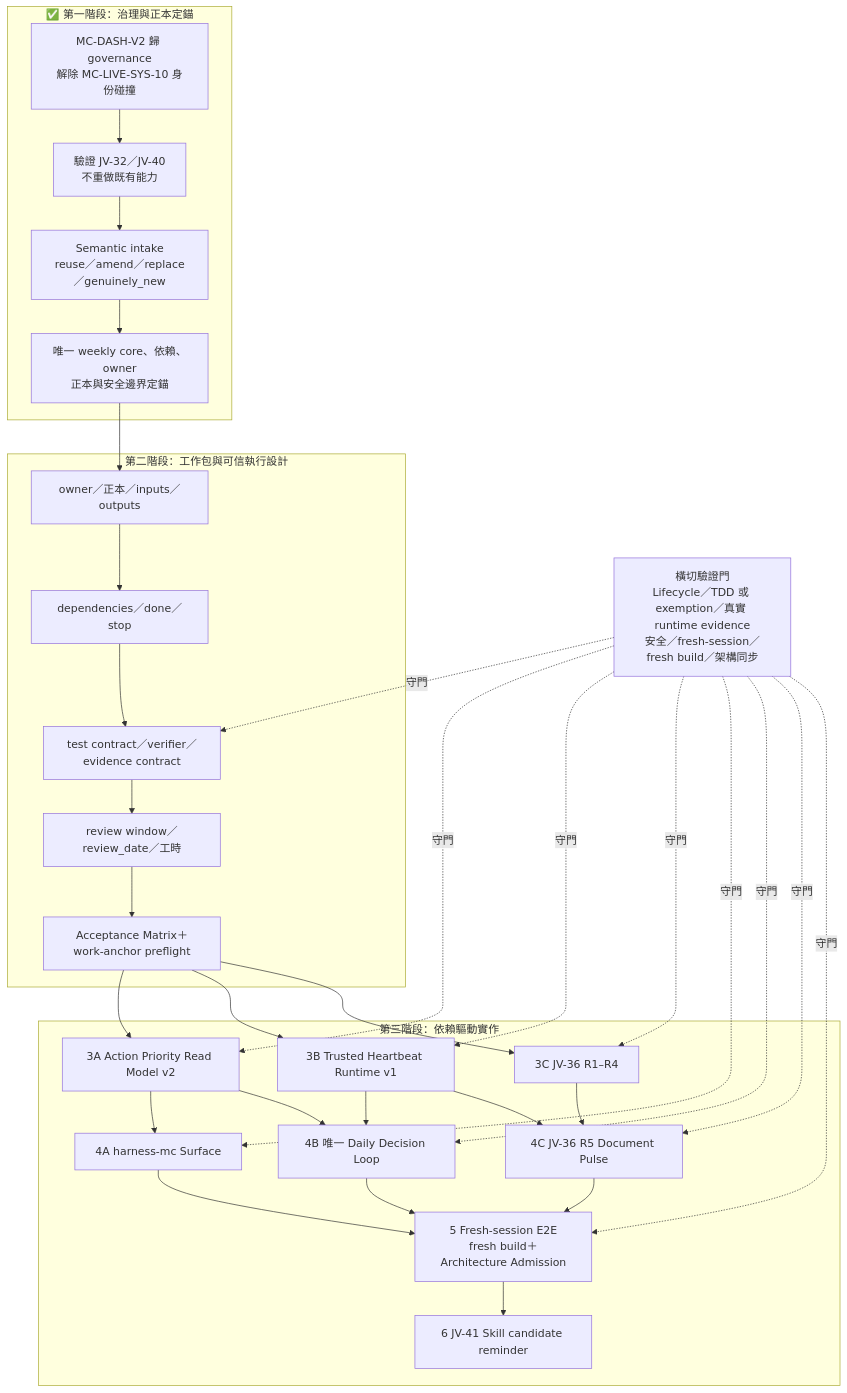
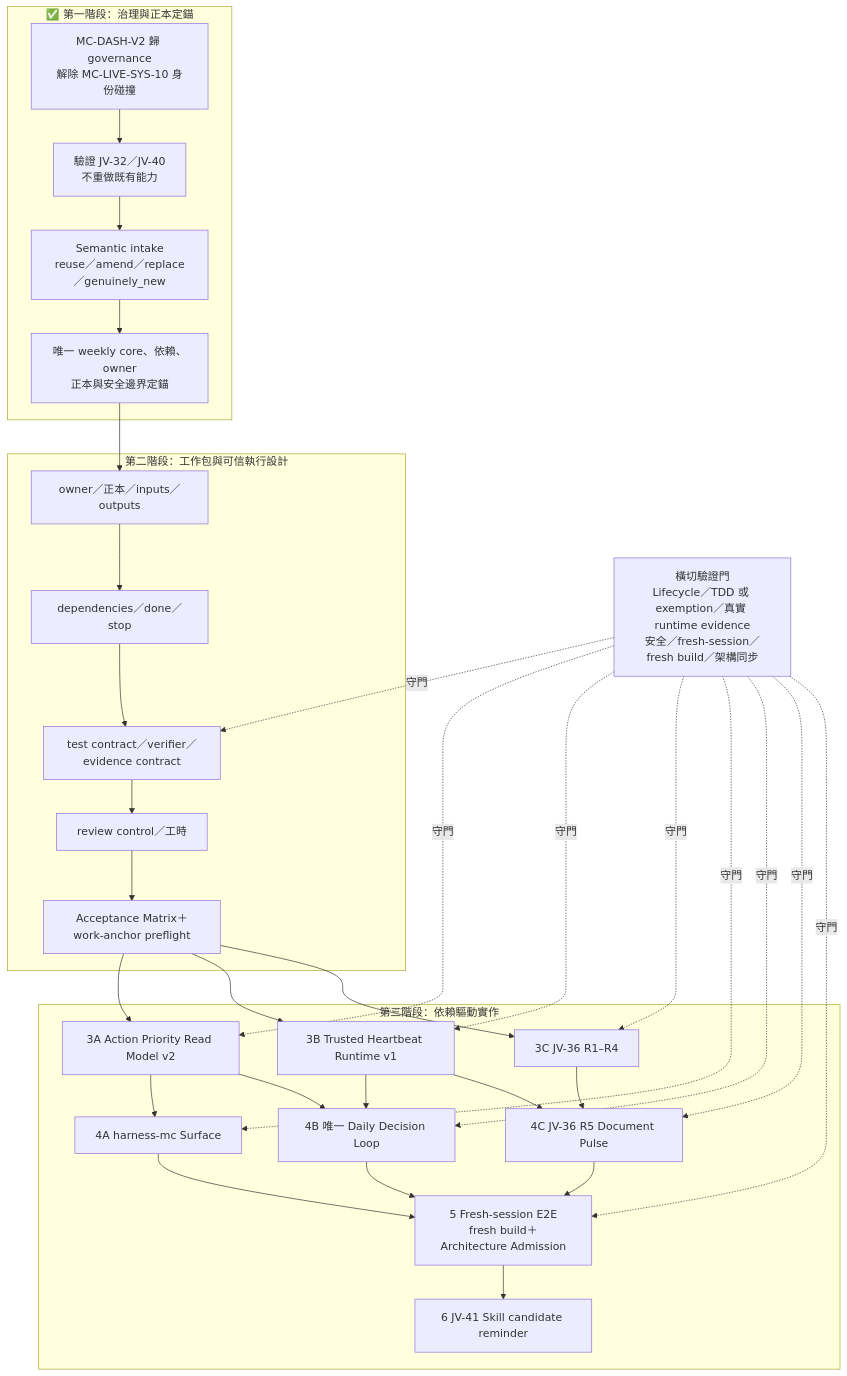
Before and after one commit to hisenzi/harness-mc: the first of 2 diagrams in milestones/morrowise/notes/morrowise-phase2-handoff-2026-07-26.md, drawn with Mermaid. The commit also changed other lines of this file and 4 other files, not shown here.

````diff
--- a/milestones/morrowise/notes/morrowise-phase2-handoff-2026-07-26.md
+++ b/milestones/morrowise/notes/morrowise-phase2-handoff-2026-07-26.md
@@ -61,57 +61,57 @@
 ```mermaid
 flowchart TD
   subgraph P1["✅ 第一階段：治理與正本定錨"]
     A0["MC-DASH-V2 歸 governance<br/>解除 MC-LIVE-SYS-10 身份碰撞"]
     A1["驗證 JV-32／JV-40<br/>不重做既有能力"]
     A2["Semantic intake<br/>reuse／amend／replace／genuinely_new"]
     A3["唯一 weekly core、依賴、owner<br/>正本與安全邊界定錨"]
     A0 --> A1 --> A2 --> A3
   end
 
   subgraph P2["第二階段：工作包與可信執行設計"]
     B0["owner／正本／inputs／outputs"]
     B1["dependencies／done／stop"]
     B2["test contract／verifier／evidence contract"]
-    B3["review window／review_date／工時"]
+    B3["review control／工時"]
     B4["Acceptance Matrix＋work-anchor preflight"]
     B0 --> B1 --> B2 --> B3 --> B4
   end
 
   subgraph P3["第三階段：依賴驅動實作"]
     C1["3A Action Priority Read Model v2"]
     C2["3B Trusted Heartbeat Runtime v1"]
     C3["3C JV-36 R1–R4"]
 
     D1["4A harness-mc Surface"]
     D2["4B 唯一 Daily Decision Loop"]
     D3["4C JV-36 R5 Document Pulse"]
 
     F["5 Fresh-session E2E<br/>fresh build＋Architecture Admission"]
     G["6 JV-41 Skill candidate reminder"]
 
     C1 --> D1
     C1 --> D2
     C2 --> D2
     C2 --> D3
     C3 --> D3
     D1 --> F
     D2 --> F
     D3 --> F
     F --> G
   end
 
   A3 --> B0
   B4 --> C1
   B4 --> C2
   B4 --> C3
 
   V["橫切驗證門<br/>Lifecycle／TDD 或 exemption／真實 runtime evidence<br/>安全／fresh-session／fresh build／架構同步"]
   V -.守門.-> B2
   V -.守門.-> C1
   V -.守門.-> C2
   V -.守門.-> C3
   V -.守門.-> D1
   V -.守門.-> D2
   V -.守門.-> D3
   V -.守門.-> F
 ```
````
